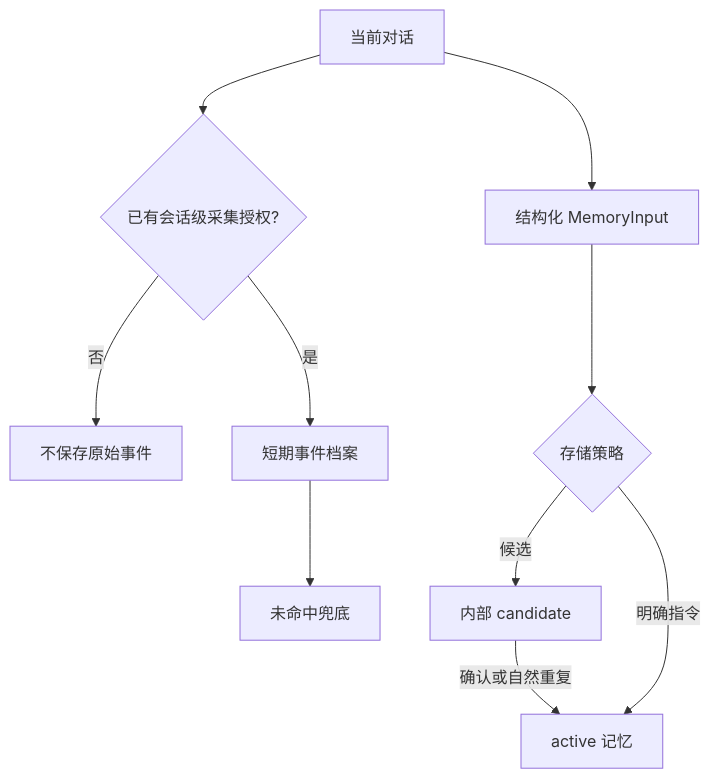
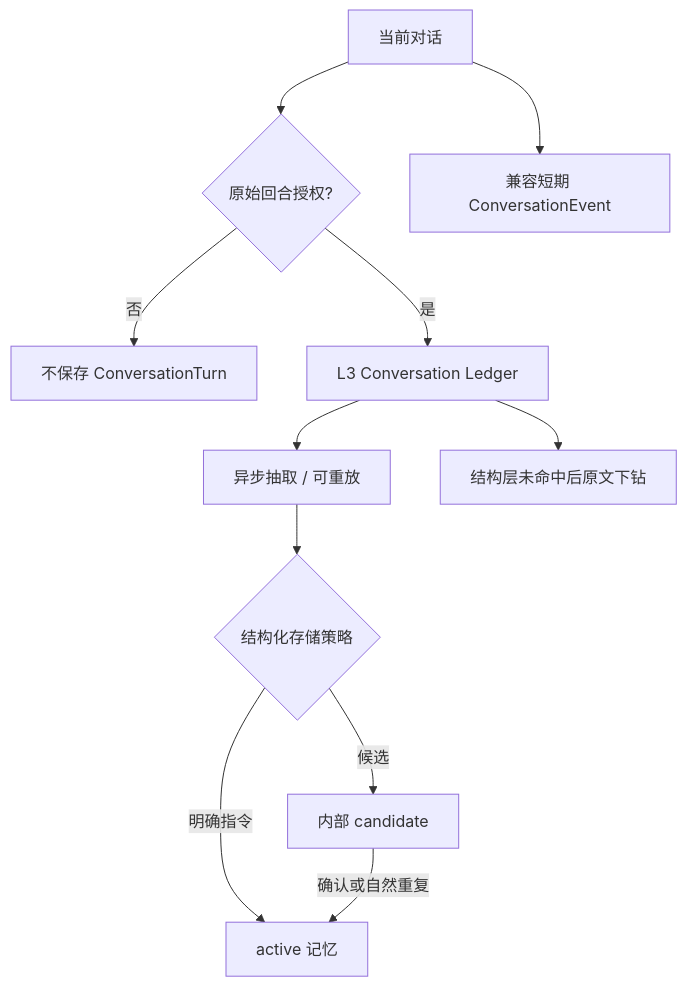
The second of 4 diagrams in docs/ARCHITECTURE.md (tianhao8687/CompanionMemoryOS), drawn with Mermaid before and after one commit. The commit also changed other lines of this file and 10 other files, not shown here.

````diff
--- a/docs/ARCHITECTURE.md
+++ b/docs/ARCHITECTURE.md
@@ -7,12 +19,13 @@
 ```mermaid
 flowchart TD
-    A["当前对话"] --> B{"已有会话级采集授权?"}
-    B -->|否| C["不保存原始事件"]
-    B -->|是| D["短期事件档案"]
-    A --> E["结构化 MemoryInput"]
-    E --> F{"存储策略"}
+    A["当前对话"] --> B{"原始回合授权?"}
+    B -->|否| C["不保存 ConversationTurn"]
+    B -->|是| D["L3 Conversation Ledger"]
+    D --> E["异步抽取 / 可重放"]
+    E --> F{"结构化存储策略"}
     F -->|候选| G["内部 candidate"]
     F -->|明确指令| H["active 记忆"]
-    D --> I["未命中兜底"]
+    D --> I["结构层未命中后原文下钻"]
+    A --> J["兼容短期 ConversationEvent"]
     G -->|确认或自然重复| H
 ```
````
